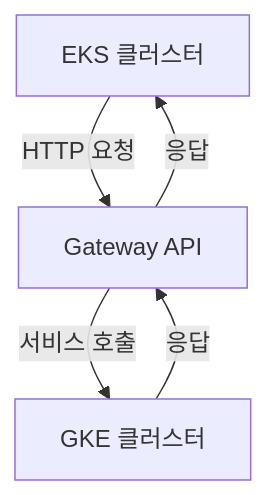
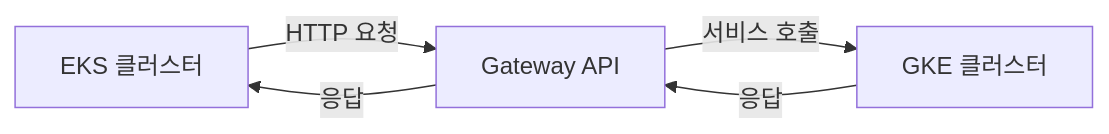
One commit to 42jerrykim/42jerrykim.github.io changed the second of 9 diagrams in content/post/2024/2024-08-27-kubernetes-gateway-api/index.md. Above: the diagram before and after it, drawn with Mermaid. The commit also changed other lines of this file and 239 other files, not shown here.

````diff
--- a/content/post/2024/2024-08-27-kubernetes-gateway-api/index.md
+++ b/content/post/2024/2024-08-27-kubernetes-gateway-api/index.md
@@ -196,7 +135,7 @@
 ```mermaid
-graph TD;
-    A[EKS 클러스터] -->|HTTP 요청| B[Gateway API]
-    B -->|서비스 호출| C[GKE 클러스터]
-    C -->|응답| B
-    B -->|응답| A
+graph LR
+  EksCluster["EKS 클러스터"] -->|"HTTP 요청"| GatewayApi["Gateway API"]
+  GatewayApi -->|"서비스 호출"| GkeCluster["GKE 클러스터"]
+  GkeCluster -->|"응답"| GatewayApi
+  GatewayApi -->|"응답"| EksCluster
 ```
````
